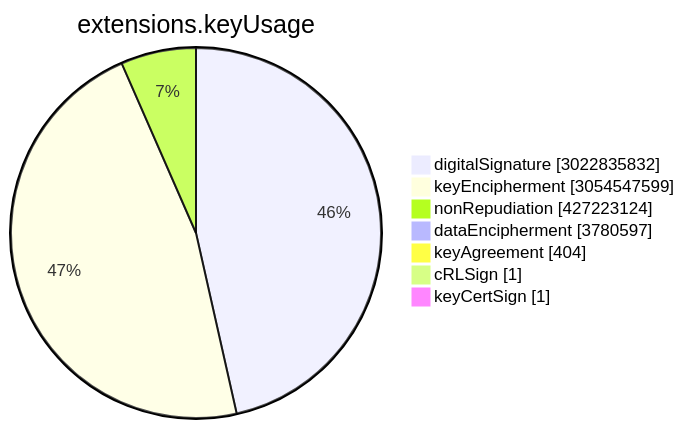
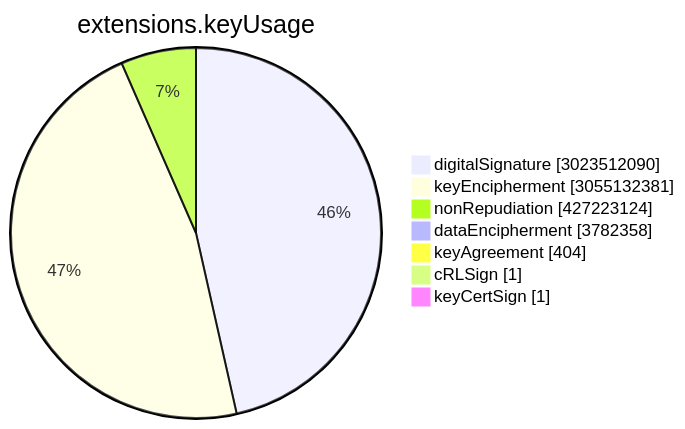
The sixth of 15 diagrams in TOTAL/README.md (christiankrug/ctmonitor_visualization), drawn with Mermaid before and after one commit. The commit also changed other lines of this file, not shown here.

````diff
--- a/TOTAL/README.md
+++ b/TOTAL/README.md
@@ -3077,11 +3077,11 @@
 ```mermaid
 pie showData
 title extensions.keyUsage
-"digitalSignature" :3022835832
-"keyEncipherment" :3054547599
+"digitalSignature" :3023512090
+"keyEncipherment" :3055132381
 "nonRepudiation" :427223124
-"dataEncipherment" :3780597
+"dataEncipherment" :3782358
 "keyAgreement" :404
 "cRLSign" :1
 "keyCertSign" :1
 ```
````
